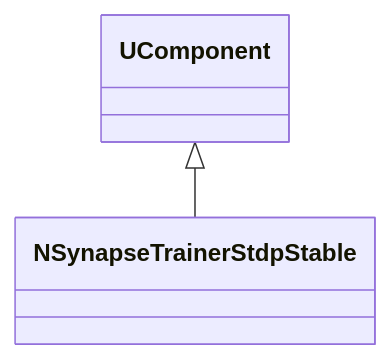
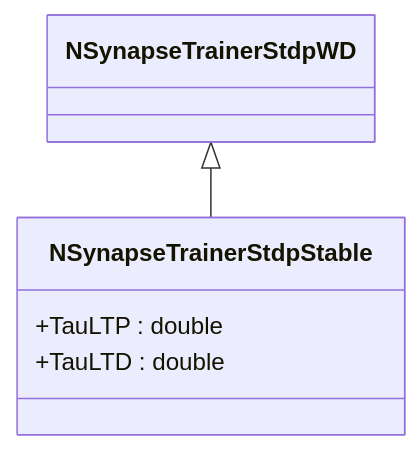
One commit to aicommunity/Nmsdk-PulseLib changed the second of 2 diagrams in Docs/Components/NSynapseTrainerStdpStable.md. Above: the diagram before and after it, drawn with Mermaid. The commit also changed other lines of this file and 196 other files, not shown here.

````diff
--- a/Docs/Components/NSynapseTrainerStdpStable.md
+++ b/Docs/Components/NSynapseTrainerStdpStable.md
@@ -69,4 +67,8 @@
 ```mermaid
 classDiagram
-    UComponent <|-- NSynapseTrainerStdpStable
+    NSynapseTrainerStdpWD <|-- NSynapseTrainerStdpStable
+    class NSynapseTrainerStdpStable {
+        +TauLTP : double
+        +TauLTD : double
+    }
 ```
````
